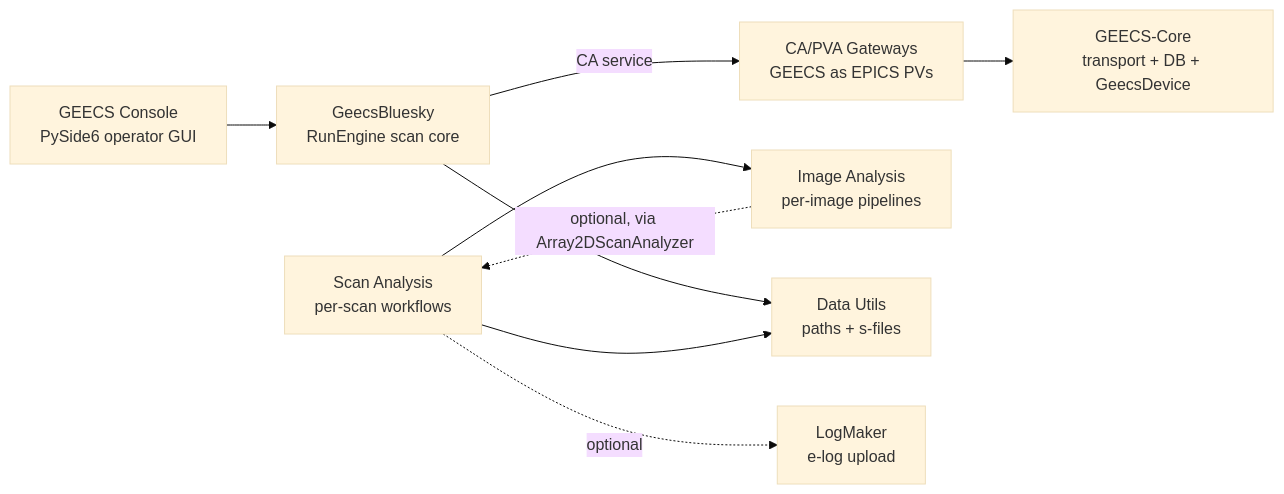
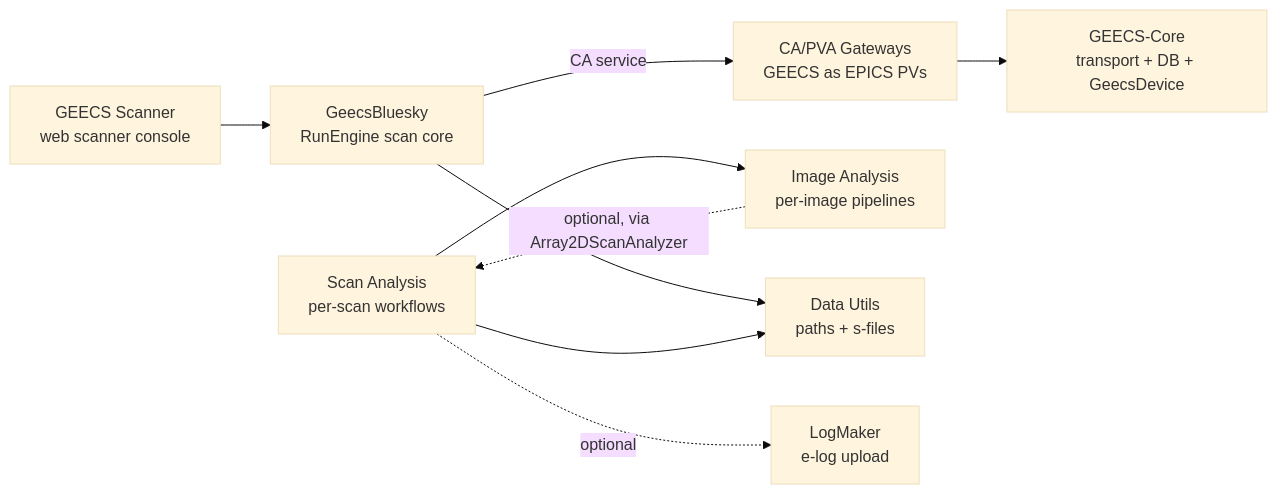
One commit to GEECS-BELLA/GEECS-Plugins changed the diagram in docs/index.md. Above: the diagram before and after it, drawn with Mermaid (base theme). The commit also changed other lines of this file and 28 other files, not shown here.

````diff
--- a/docs/index.md
+++ b/docs/index.md
@@ -71,20 +71,20 @@
 ```mermaid
 flowchart LR
-    Console[GEECS Console<br/>PySide6 operator GUI]
+    Scanner[GEECS Scanner<br/>web scanner console]
     Engine[GeecsBluesky<br/>RunEngine scan core]
     Core[GEECS-Core<br/>transport + DB + GeecsDevice]
     GW[CA/PVA Gateways<br/>GEECS as EPICS PVs]
     SA[Scan Analysis<br/>per-scan workflows]
     IA[Image Analysis<br/>per-image pipelines]
     DU[Data Utils<br/>paths + s-files]
     GDoc[LogMaker<br/>e-log upload]
 
-    Console --> Engine
+    Scanner --> Engine
     Engine -->|CA service| GW
     GW --> Core
     Engine --> DU
     SA --> IA
     SA --> DU
     SA -.->|optional| GDoc
     IA -.->|optional, via Array2DScanAnalyzer| SA
 ```
````
